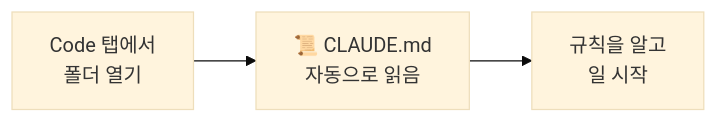
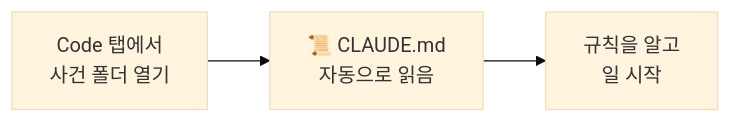
Before and after one commit to gyuber/claude-basics: the first of 3 diagrams in 기초/07-CLAUDE.md.md, drawn with Mermaid (base theme). The commit also changed other lines of this file and 32 other files, not shown here.

````diff
--- a/기초/07-CLAUDE.md.md
+++ b/기초/07-CLAUDE.md.md
@@ -6,4 +6,4 @@
 ```mermaid
 flowchart LR
-  A["Code 탭에서<br/>폴더 열기"] --> B["📜 CLAUDE.md<br/>자동으로 읽음"] --> C["규칙을 알고<br/>일 시작"]
+  A["Code 탭에서<br/>사건 폴더 열기"] --> B["📜 CLAUDE.md<br/>자동으로 읽음"] --> C["규칙을 알고<br/>일 시작"]
 ```
````
